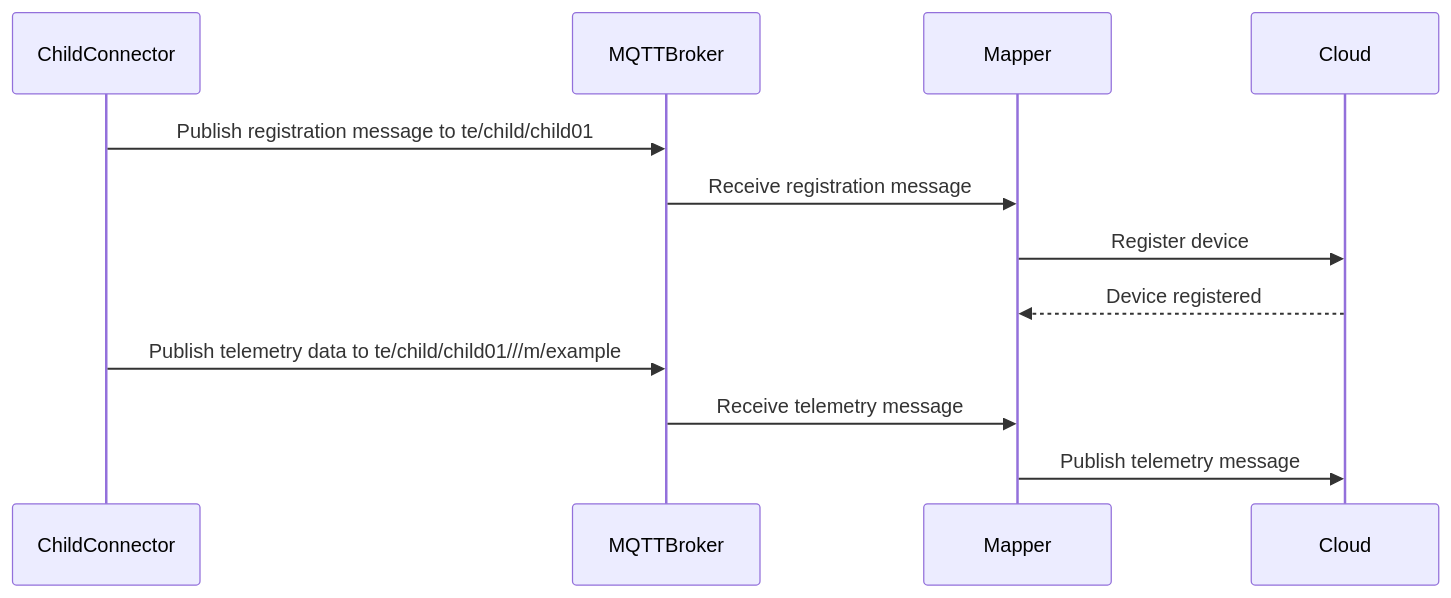
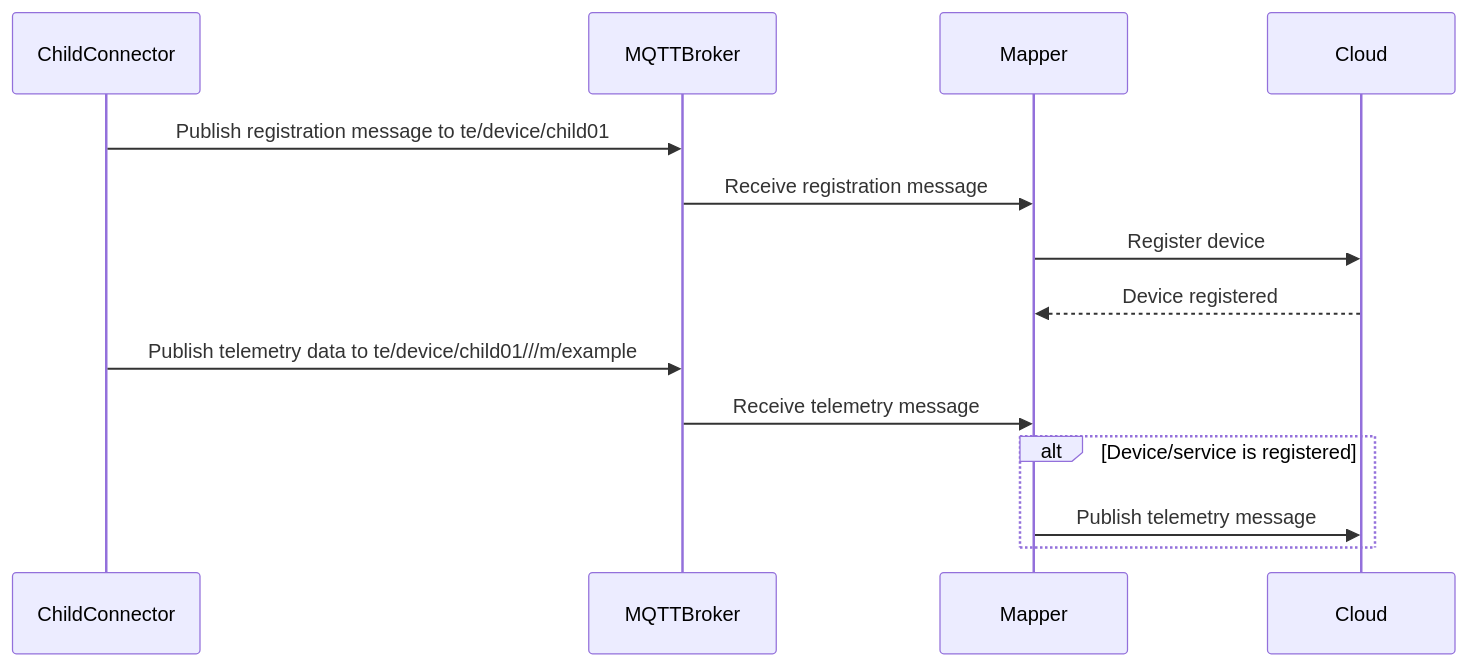
Before and after one commit to albinsuresh/thin-edge.io: the first of 2 diagrams in docs/src/references/api/registration.md, drawn with Mermaid. The commit also changed other lines of this file and 2 other files, not shown here.

````diff
--- a/docs/src/references/api/registration.md
+++ b/docs/src/references/api/registration.md
@@ -23,11 +23,13 @@
 ```mermaid
 sequenceDiagram
-    ChildConnector->>MQTTBroker: Publish registration message to te/child/child01
+    ChildConnector->>MQTTBroker: Publish registration message to te/device/child01
     MQTTBroker->>Mapper: Receive registration message
     Mapper->>Cloud: Register device
     Cloud-->>Mapper: Device registered
 
-    ChildConnector->>MQTTBroker: Publish telemetry data to te/child/child01///m/example
+    ChildConnector->>MQTTBroker: Publish telemetry data to te/device/child01///m/example
     MQTTBroker->>Mapper: Receive telemetry message
-    Mapper->>Cloud: Publish telemetry message
+    alt Device/service is registered
+      Mapper->>Cloud: Publish telemetry message
+    end
 ```
````
